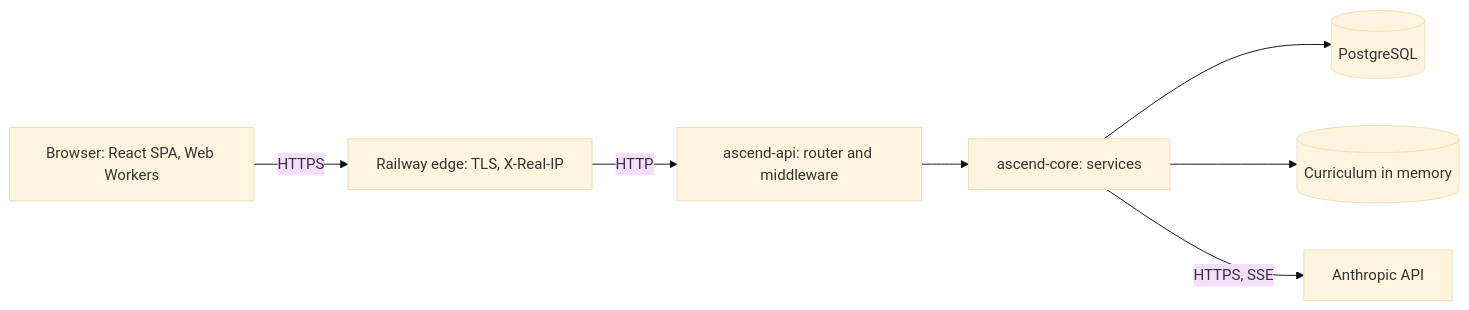
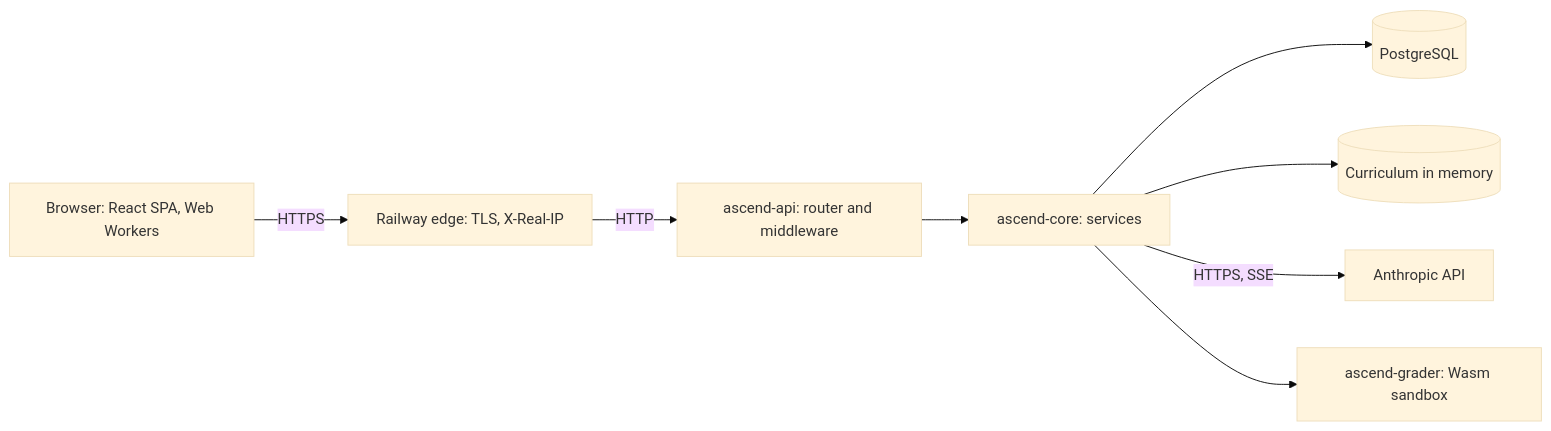
Before and after one commit to thull32/ascend: the diagram in content/tracks/14-case-study-ascend/01-the-system/01-tour-of-the-repository.md, drawn with Mermaid (base theme). The commit also changed other lines of this file and 48 other files, not shown here.

````diff
--- a/content/tracks/14-case-study-ascend/01-the-system/01-tour-of-the-repository.md
+++ b/content/tracks/14-case-study-ascend/01-the-system/01-tour-of-the-repository.md
@@ -15,9 +15,10 @@
 ```mermaid
 flowchart LR
   B["Browser: React SPA, Web Workers"] -->|HTTPS| E["Railway edge: TLS, X-Real-IP"]
   E -->|HTTP| A["ascend-api: router and middleware"]
   A --> C["ascend-core: services"]
   C --> P[("PostgreSQL")]
   C --> M[("Curriculum in memory")]
   C -->|HTTPS, SSE| AN["Anthropic API"]
+  C --> G["ascend-grader: Wasm sandbox"]
 ```
````
